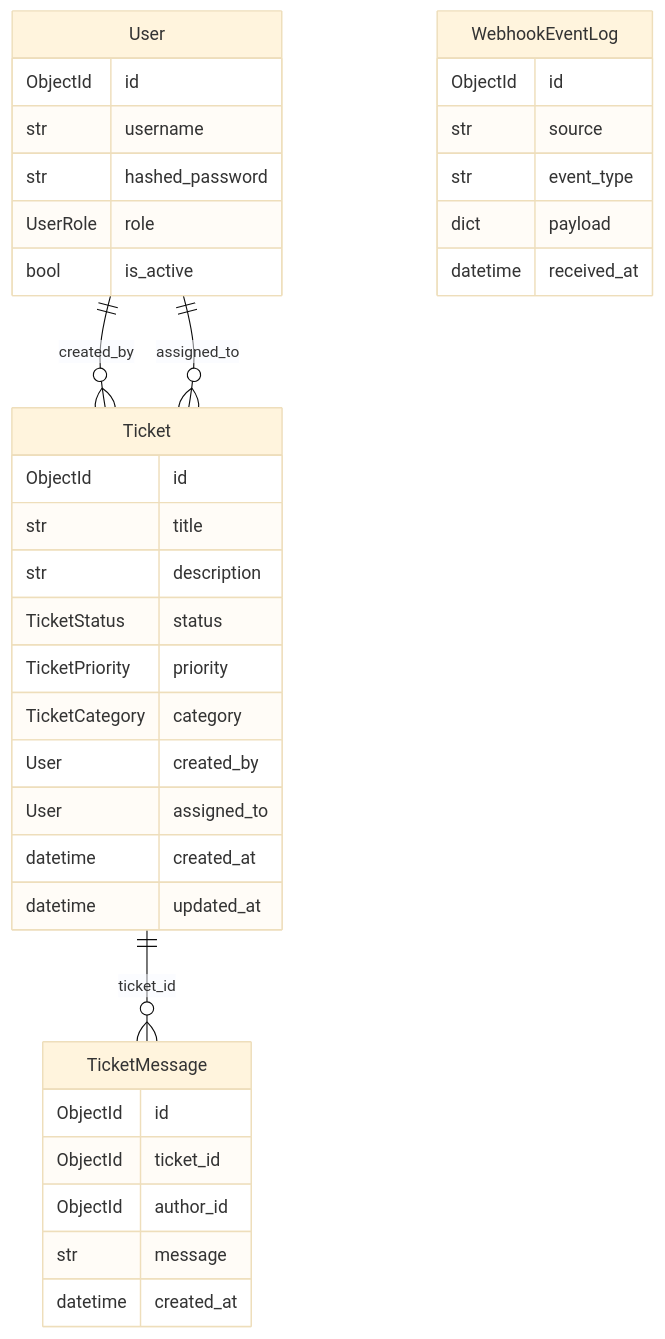
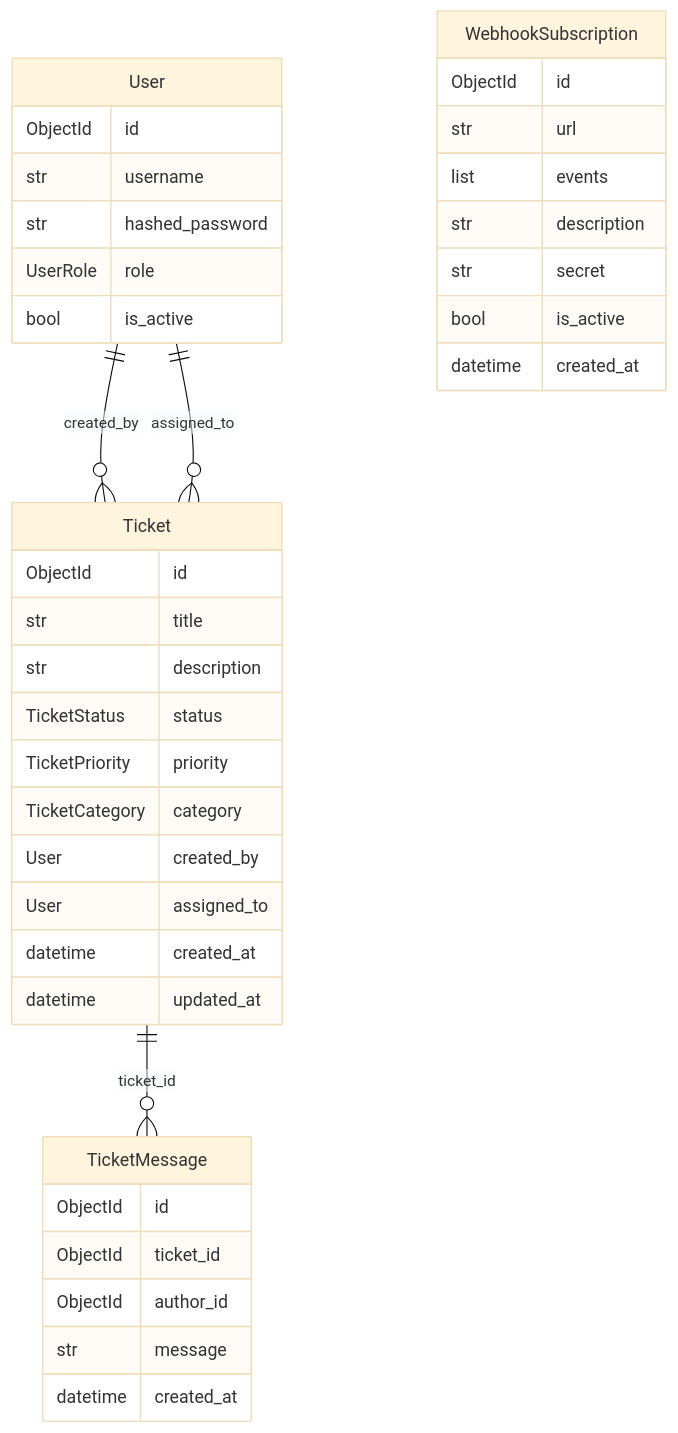
One commit to Romario17/api-tutorial changed the first of 6 diagrams in README.md. Above: the diagram before and after it, drawn with Mermaid (base theme). The commit also changed other lines of this file, not shown here.

````diff
--- a/README.md
+++ b/README.md
@@ -173,43 +198,45 @@
 ```mermaid
 erDiagram
     User {
         ObjectId id
         str username
         str hashed_password
         UserRole role
         bool is_active
     }
 
     Ticket {
         ObjectId id
         str title
         str description
         TicketStatus status
         TicketPriority priority
         TicketCategory category
         User created_by
         User assigned_to
         datetime created_at
         datetime updated_at
     }
 
     TicketMessage {
         ObjectId id
         ObjectId ticket_id
         ObjectId author_id
         str message
         datetime created_at
     }
 
-    WebhookEventLog {
+    WebhookSubscription {
         ObjectId id
-        str source
-        str event_type
-        dict payload
-        datetime received_at
+        str url
+        list events
+        str description
+        str secret
+        bool is_active
+        datetime created_at
     }
 
     User ||--o{ Ticket : "created_by"
     User ||--o{ Ticket : "assigned_to"
     Ticket ||--o{ TicketMessage : "ticket_id"
 ```
````
